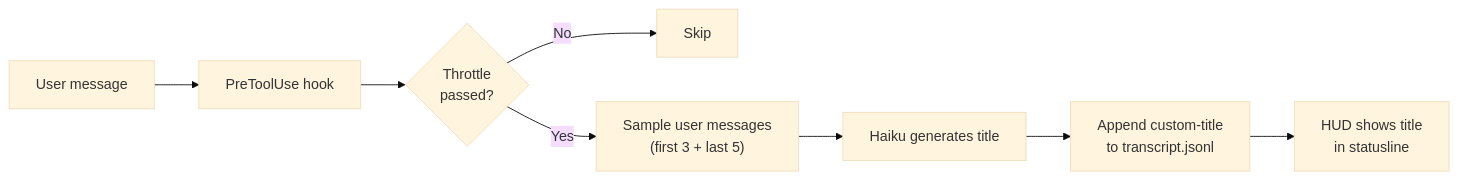
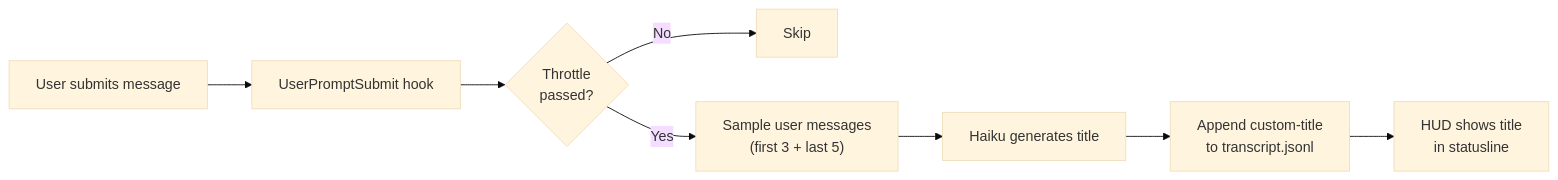
The diagram in README.md (macworld/claude-live-title), drawn with Mermaid (base theme) before and after one commit. The commit also changed other lines of this file and 8 other files, not shown here.

````diff
--- a/README.md
+++ b/README.md
@@ -36,10 +36,10 @@
 ```mermaid
 flowchart LR
-    A[User message] --> B[PreToolUse hook]
+    A[User submits message] --> B[UserPromptSubmit hook]
     B --> C{Throttle<br/>passed?}
     C -->|No| D[Skip]
     C -->|Yes| E["Sample user messages<br/>(first 3 + last 5)"]
     E --> F[Haiku generates title]
     F --> G[Append custom-title<br/>to transcript.jsonl]
     G --> H[HUD shows title<br/>in statusline]
 ```
````
